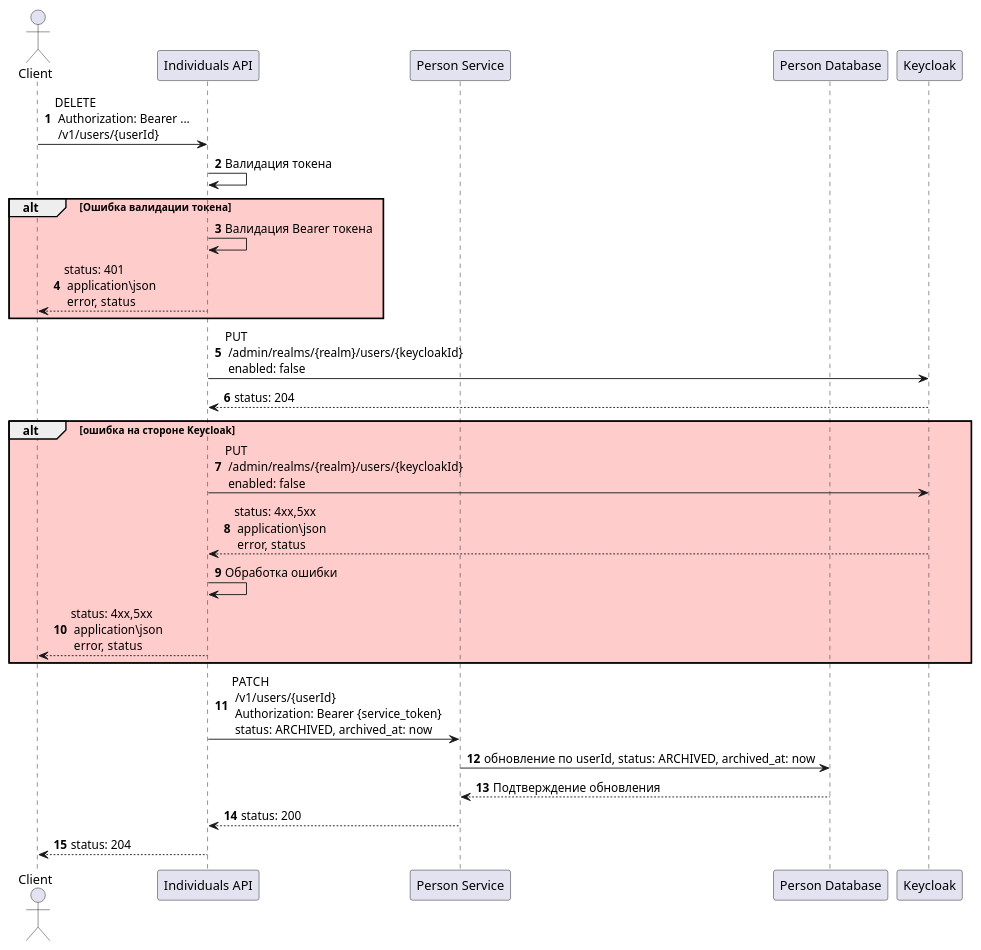
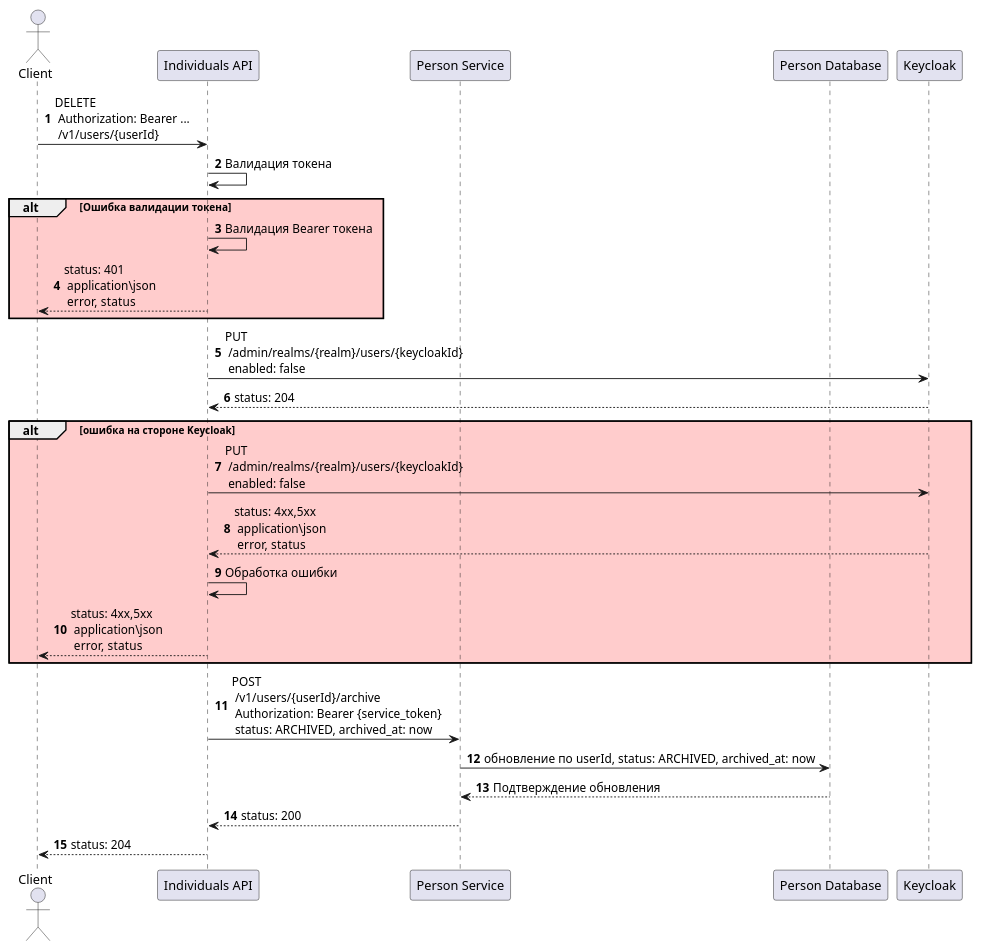
The diagram in architecture/sequence/delete-user.puml (Ersted-me/payment-system), drawn with PlantUML before and after one commit. The commit also changed 1 other file, not shown here.

Commit message:
update sequence diagrams: delete-user, registration

```diff
--- a/architecture/sequence/delete-user.puml
+++ b/architecture/sequence/delete-user.puml
@@ -1,35 +1,35 @@
 @startuml
 
 autonumber
 
 actor Client as client
 participant "Individuals API" as api
 participant "Person Service" as person
 participant "Person Database" as personDb
 participant Keycloak as keycloak
 
 client -> api: DELETE \n Authorization: Bearer ... \n /v1/users/{userId}
 api -> api: Валидация токена
 
 alt #FFCCCC Ошибка валидации токена
 api -> api: Валидация Bearer токена
 api --> client: status: 401 \n application\json \n error, status
 end
 
 api -> keycloak: PUT \n /admin/realms/{realm}/users/{keycloakId} \n enabled: false
 keycloak --> api: status: 204
 
 alt #FFCCCC ошибка на стороне Keycloak
 api -> keycloak: PUT \n /admin/realms/{realm}/users/{keycloakId} \n enabled: false
 keycloak --> api: status: 4xx,5xx \n application\json \n error, status
 api -> api: Обработка ошибки
 api --> client: status: 4xx,5xx \n application\json \n error, status
 end
 
-api -> person: PATCH \n /v1/users/{userId} \n Authorization: Bearer {service_token} \n status: ARCHIVED, archived_at: now
+api -> person: POST \n /v1/users/{userId}/archive \n Authorization: Bearer {service_token} \n status: ARCHIVED, archived_at: now
 person -> personDb: обновление по userId, status: ARCHIVED, archived_at: now
 personDb --> person: Подтверждение обновления
 person --> api: status: 200
 api --> client: status: 204
 
 @enduml
```
